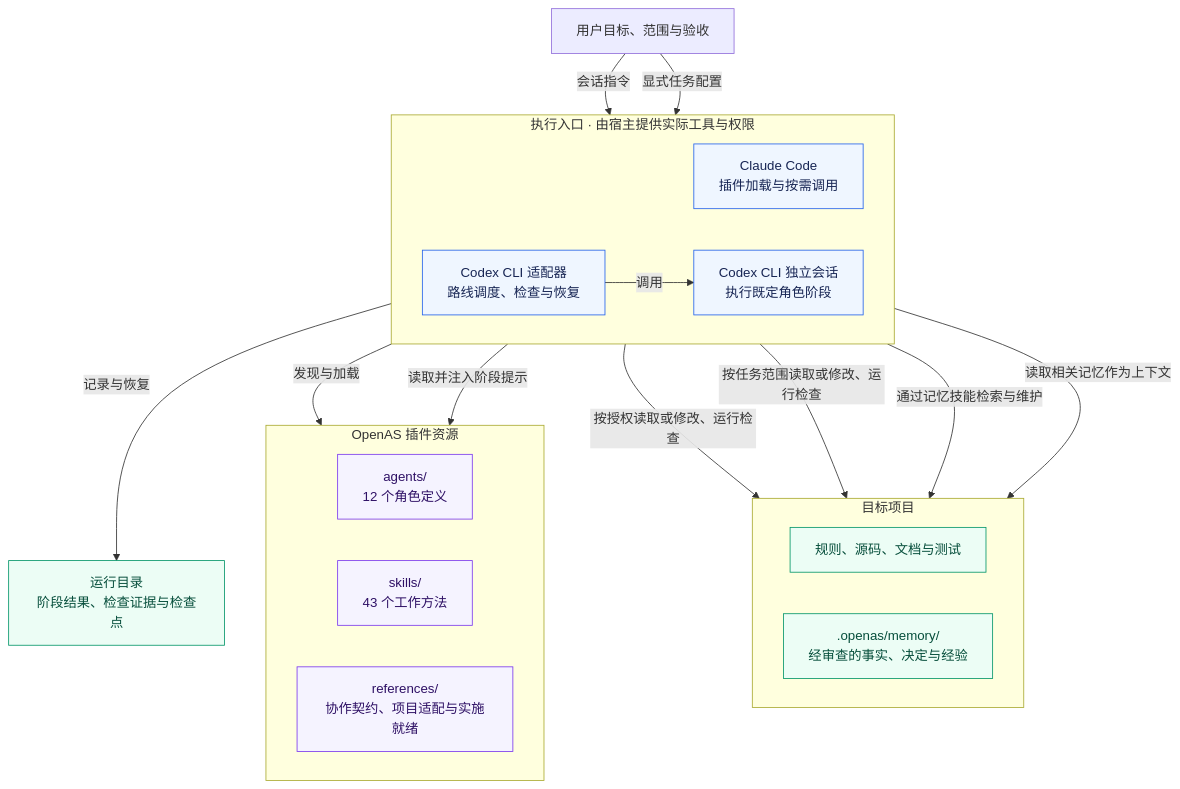
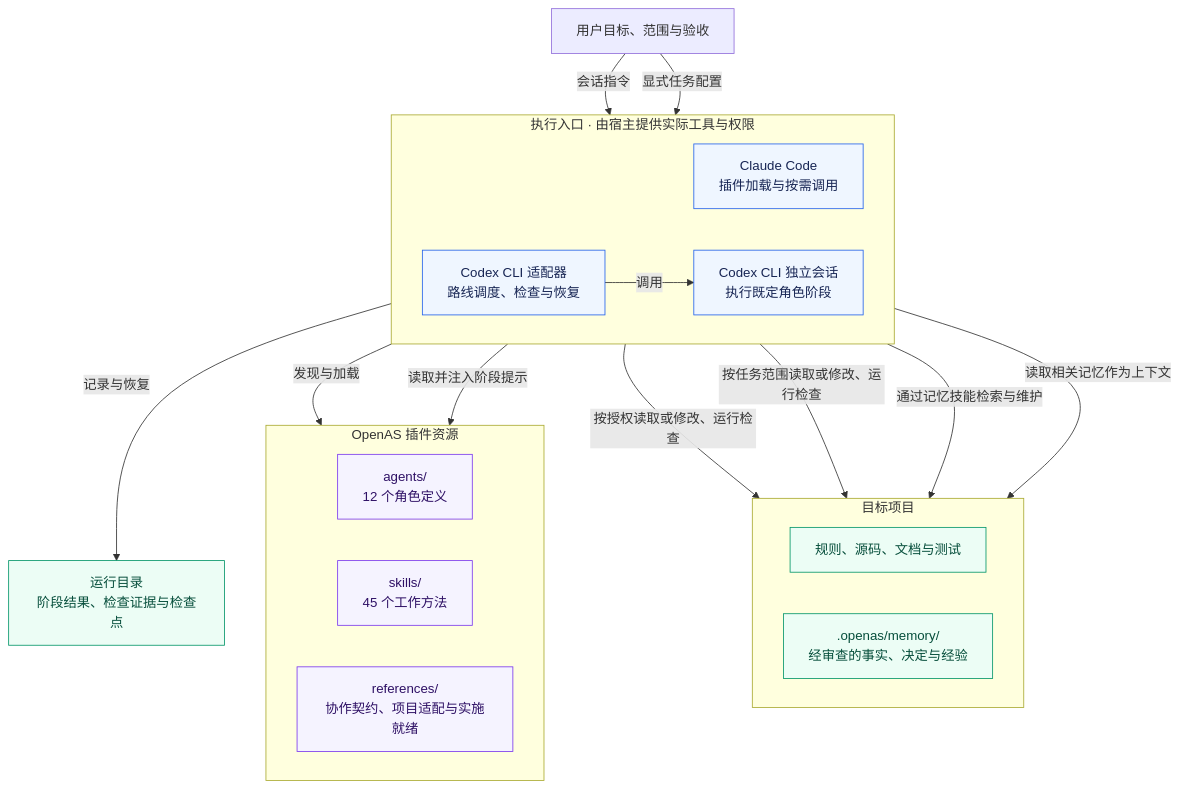
Before and after one commit to xiangguangxin/OpenAS: the first of 2 diagrams in README.md, drawn with Mermaid. The commit also changed other lines of this file and 9 other files, not shown here.

````diff
--- a/README.md
+++ b/README.md
@@ -121,44 +122,44 @@
 ```mermaid
 flowchart TB
     user["用户目标、范围与验收"]
 
     subgraph entry["执行入口 · 由宿主提供实际工具与权限"]
         direction LR
         claude["Claude Code<br/>插件加载与按需调用"]
         adapter["Codex CLI 适配器<br/>路线调度、检查与恢复"]
         sessions["Codex CLI 独立会话<br/>执行既定角色阶段"]
         adapter -->|调用| sessions
     end
 
     subgraph bundle["OpenAS 插件资源"]
         direction LR
         agents["agents/<br/>12 个角色定义"]
-        skills["skills/<br/>43 个工作方法"]
+        skills["skills/<br/>45 个工作方法"]
         contracts["references/<br/>协作契约、项目适配与实施就绪"]
     end
 
     subgraph target["目标项目"]
         direction LR
         repo["规则、源码、文档与测试"]
         memory[".openas/memory/<br/>经审查的事实、决定与经验"]
     end
 
     evidence["运行目录<br/>阶段结果、检查证据与检查点"]
 
     user -->|会话指令| claude
     user -->|显式任务配置| adapter
     claude -->|发现与加载| bundle
     adapter -->|读取并注入阶段提示| bundle
     claude -->|按授权读取或修改、运行检查| repo
     sessions -->|按任务范围读取或修改、运行检查| repo
     claude -->|通过记忆技能检索与维护| memory
     adapter -->|读取相关记忆作为上下文| memory
     adapter -->|记录与恢复| evidence
 
     classDef entryStyle fill:#eff6ff,stroke:#2563eb,color:#172554
     classDef resourceStyle fill:#f5f3ff,stroke:#7c3aed,color:#2e1065
     classDef dataStyle fill:#ecfdf5,stroke:#059669,color:#064e3b
     class claude,adapter,sessions entryStyle
     class agents,skills,contracts resourceStyle
     class repo,memory,evidence dataStyle
 ```
````
